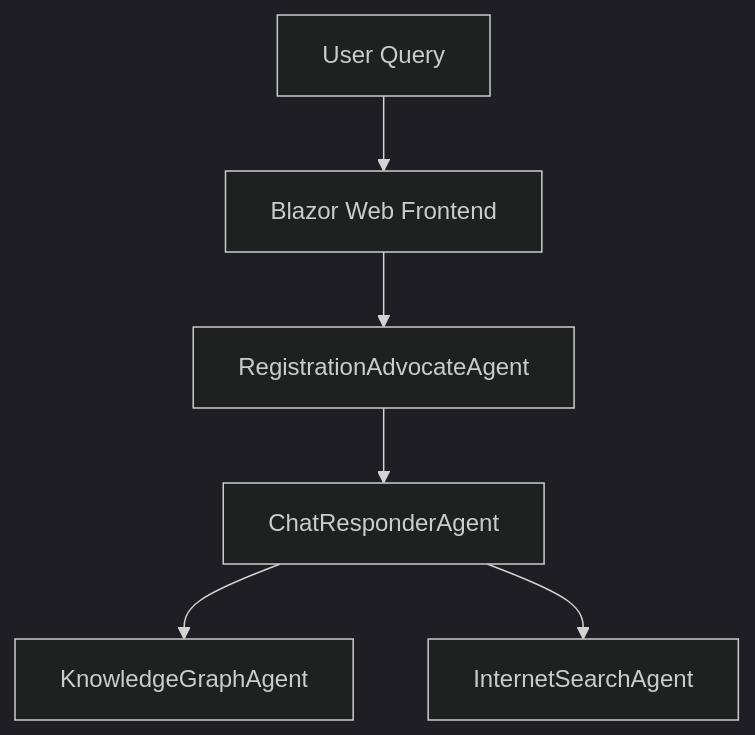
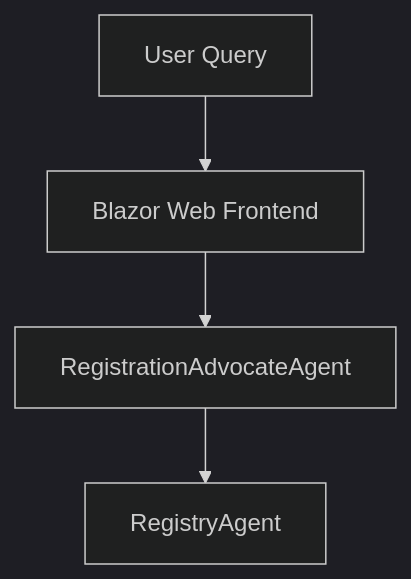
One commit to Donelle/Agent2Agent changed the diagram in Agent2Agent.AgentB/README.md. Above: the diagram before and after it, drawn with Mermaid (dark theme). The commit also changed other lines of this file and 34 other files, not shown here.

````diff
--- a/Agent2Agent.AgentB/README.md
+++ b/Agent2Agent.AgentB/README.md
@@ -17,8 +16,6 @@
 ```mermaid
 flowchart TD
     User[User Query] --> Web[Blazor Web Frontend]
     Web --> AgentA[RegistrationAdvocateAgent]
-    AgentA --> AgentB[ChatResponderAgent]
-    AgentB --> AgentC[KnowledgeGraphAgent]
-    AgentB --> AgentD[InternetSearchAgent]
+    AgentA --> AgentB[RegistryAgent]
 ```
````
